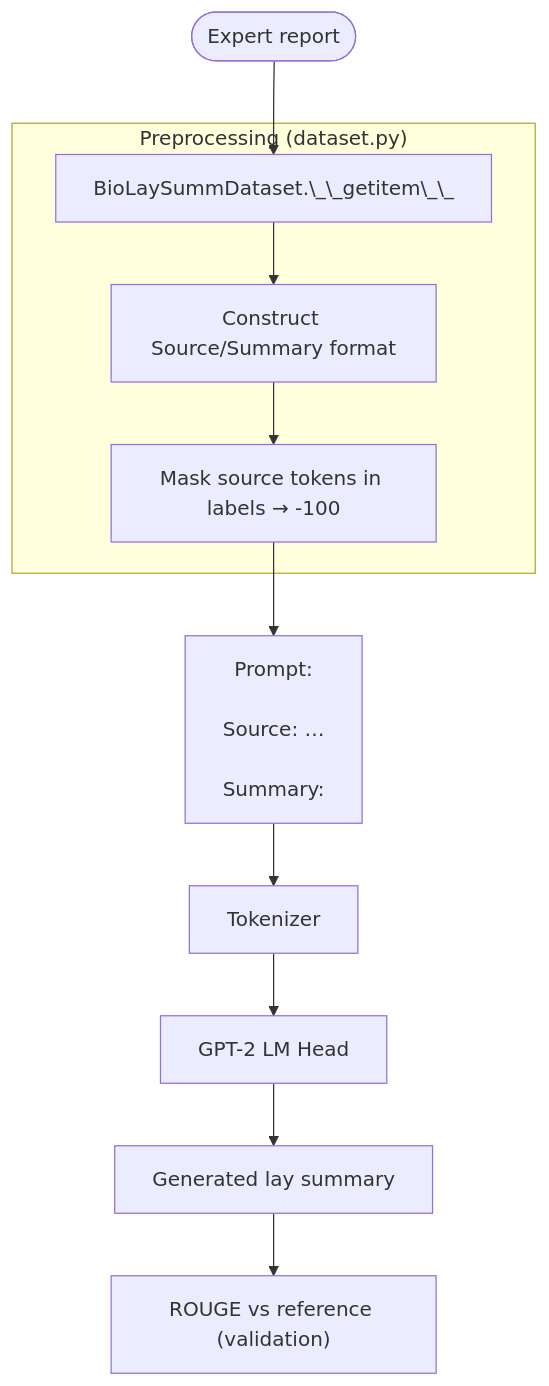
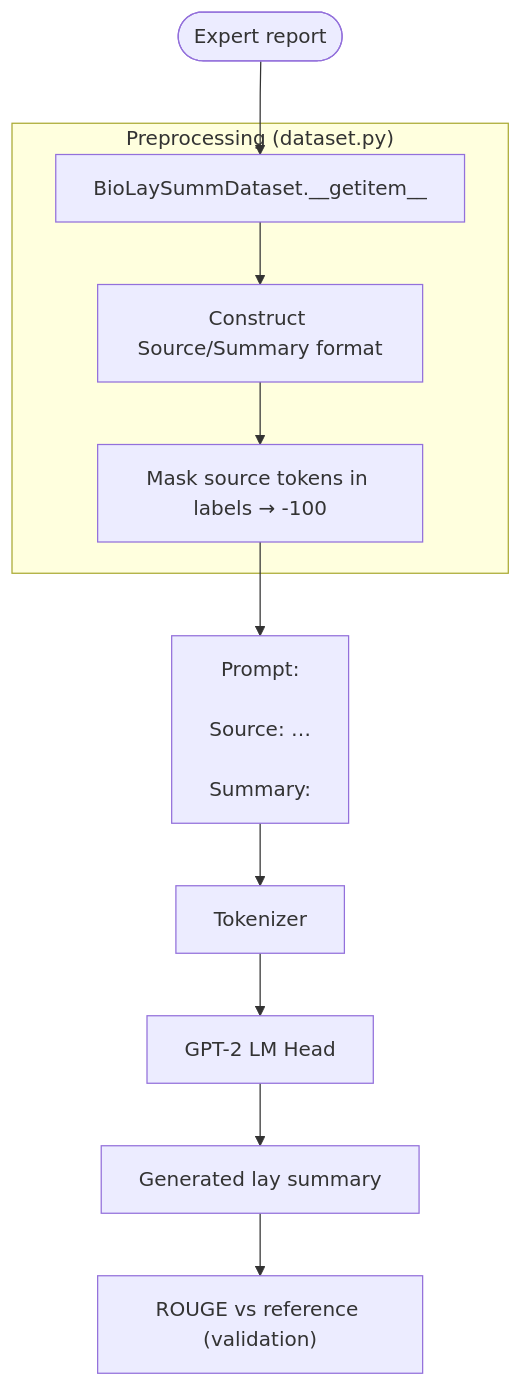
The third of 4 diagrams in recognition/LLMFineTuning/README.md (jostev/LLMFineTuning), drawn with Mermaid before and after one commit. The commit also changed other lines of this file and 3 other files, not shown here.

````diff
--- a/recognition/LLMFineTuning/README.md
+++ b/recognition/LLMFineTuning/README.md
@@ -64,17 +64,17 @@
 ```mermaid
 flowchart TD
-  A([Expert report])
-  subgraph "Preprocessing (dataset.py)"
-    D1["BioLaySummDataset.\_\_getitem\_\_"]
-    D2["Construct Source/Summary format"]
-    D3["Mask source tokens in labels → -100"]
-  end
-  P["Prompt:\n\nSource: …\n\nSummary:"]
-  T[Tokenizer]
-  G[GPT-2 LM Head]
-  E[Generated lay summary]
-  R["ROUGE vs reference (validation)"]
+    A([Expert report])
+    subgraph "Preprocessing (dataset.py)"
+        D1["BioLaySummDataset.__getitem__"]
+        D2["Construct Source/Summary format"]
+        D3["Mask source tokens in labels → -100"]
+    end
+    P["Prompt:\n\nSource: …\n\nSummary:"]
+    T[Tokenizer]
+    G[GPT-2 LM Head]
+    E[Generated lay summary]
+    R["ROUGE vs reference (validation)"]
 
-  A --> D1 --> D2 --> D3 --> P
-  P --> T --> G --> E --> R
+    A --> D1 --> D2 --> D3 --> P
+    P --> T --> G --> E --> R
 ```
````
